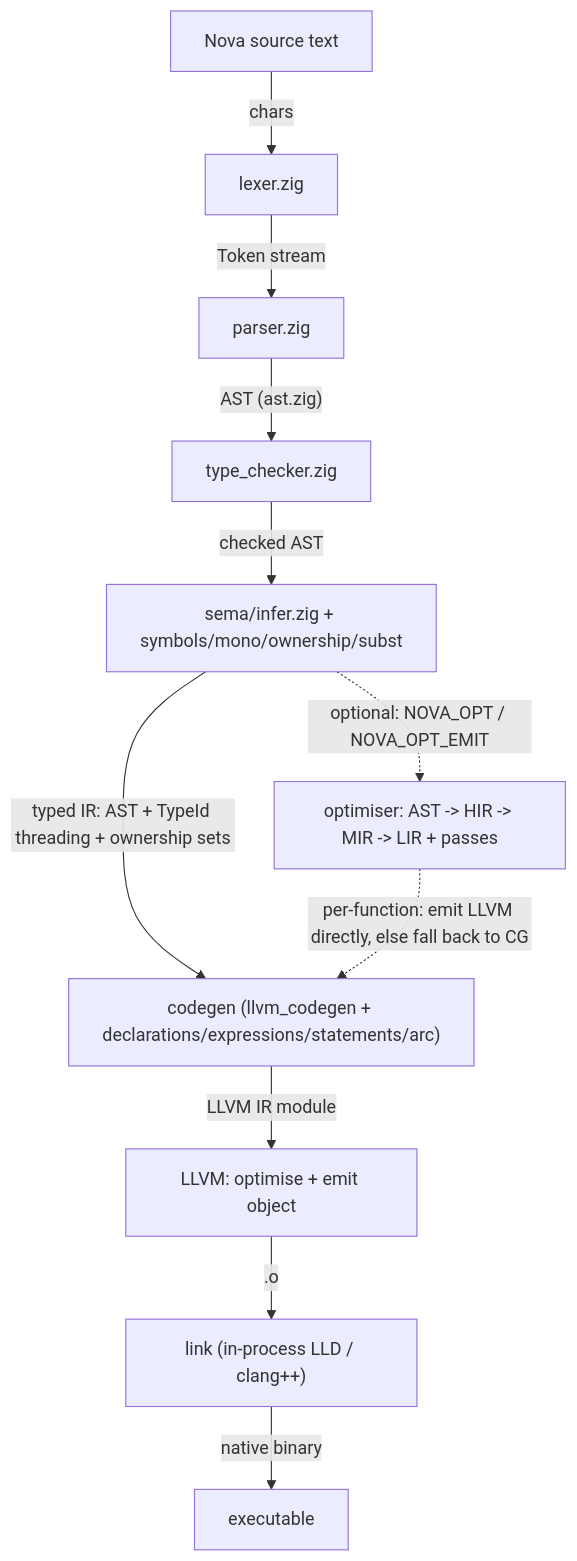
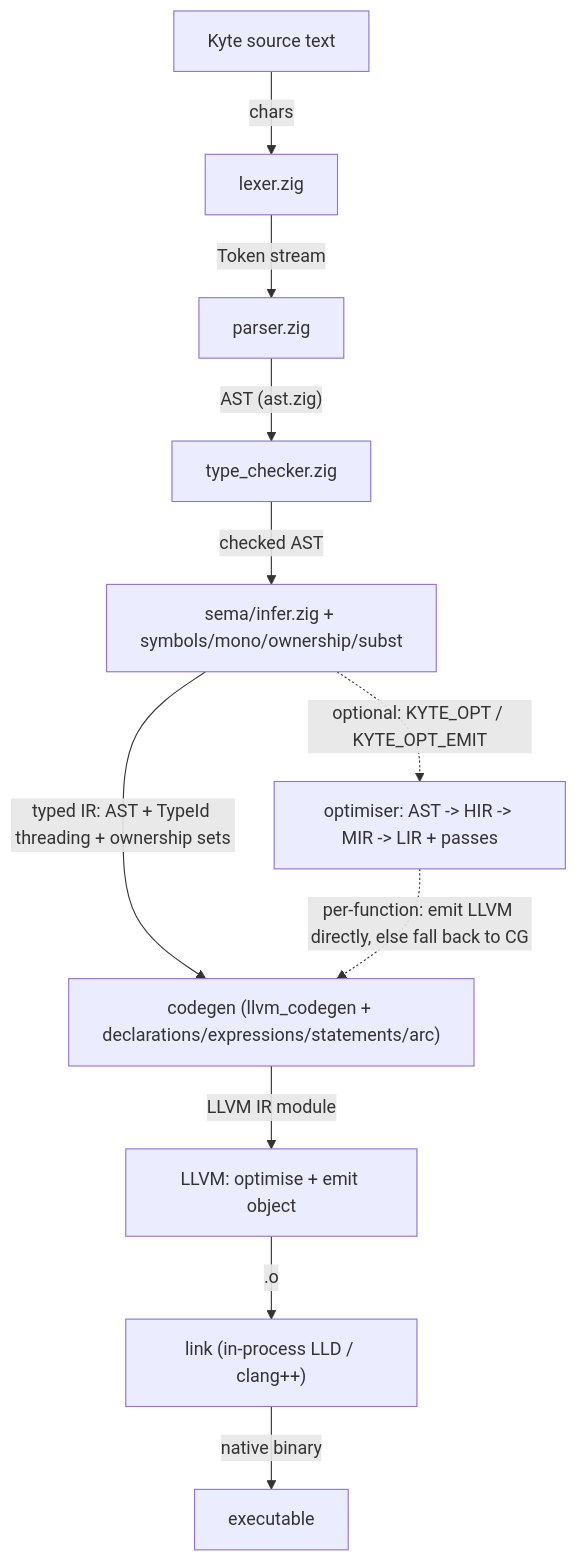
The diagram in docs/design/lld/00-overview.md (kamlesh-nb/nova), drawn with Mermaid before and after one commit. The commit also changed other lines of this file and 1279 other files, not shown here.

````diff
--- a/docs/design/lld/00-overview.md
+++ b/docs/design/lld/00-overview.md
@@ -37,14 +37,14 @@
 ```mermaid
 flowchart TD
-    SRC["Nova source text"] -->|"chars"| LEX["lexer.zig"]
+    SRC["Kyte source text"] -->|"chars"| LEX["lexer.zig"]
     LEX -->|"Token stream"| PAR["parser.zig"]
     PAR -->|"AST (ast.zig)"| TC["type_checker.zig"]
     TC -->|"checked AST"| SEMA["sema/infer.zig + symbols/mono/ownership/subst"]
     SEMA -->|"typed IR: AST + TypeId threading + ownership sets"| CG["codegen (llvm_codegen + declarations/expressions/statements/arc)"]
     CG -->|"LLVM IR module"| OBJ["LLVM: optimise + emit object"]
     OBJ -->|".o"| LINK["link (in-process LLD / clang++)"]
     LINK -->|"native binary"| BIN["executable"]
 
-    SEMA -.->|"optional: NOVA_OPT / NOVA_OPT_EMIT"| OPT["optimiser: AST -> HIR -> MIR -> LIR + passes"]
+    SEMA -.->|"optional: KYTE_OPT / KYTE_OPT_EMIT"| OPT["optimiser: AST -> HIR -> MIR -> LIR + passes"]
     OPT -.->|"per-function: emit LLVM directly, else fall back to CG"| CG
 ```
````
